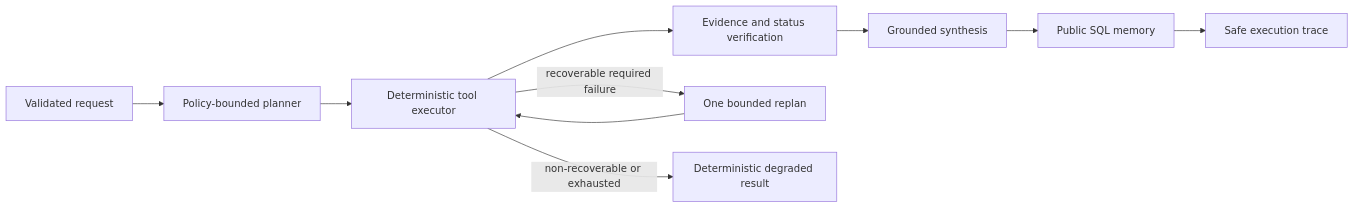
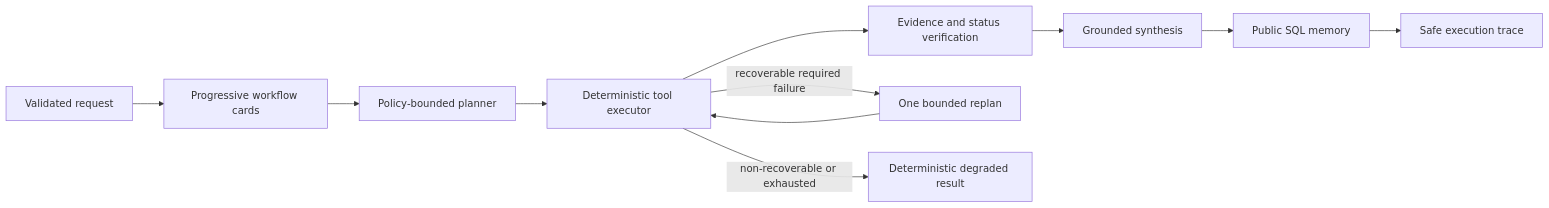
Before and after one commit to mildred522/market-pilot: the diagram in docs/agent-core-design.md, drawn with Mermaid. The commit also changed other lines of this file and 19 other files, not shown here.

Commit message:
docs: refresh architecture and quality gates

````diff
--- a/docs/agent-core-design.md
+++ b/docs/agent-core-design.md
@@ -31,12 +31,13 @@
 ```mermaid
 flowchart LR
-    R["Validated request"] --> P["Policy-bounded planner"]
+    R["Validated request"] --> W["Progressive workflow cards"]
+    W --> P["Policy-bounded planner"]
     P --> E["Deterministic tool executor"]
     E --> V["Evidence and status verification"]
     V --> S["Grounded synthesis"]
     S --> M["Public SQL memory"]
     M --> T["Safe execution trace"]
     E -->|"recoverable required failure"| RP["One bounded replan"]
     RP --> E
     E -->|"non-recoverable or exhausted"| D["Deterministic degraded result"]
 ```
````
